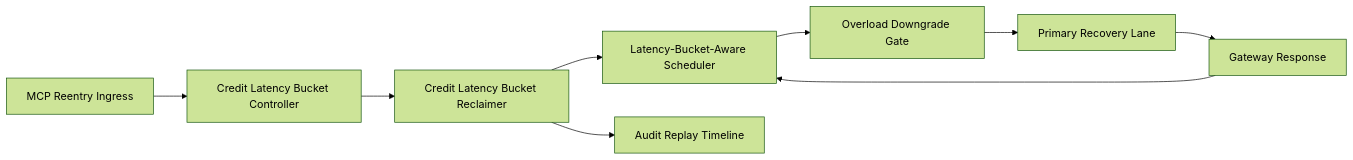
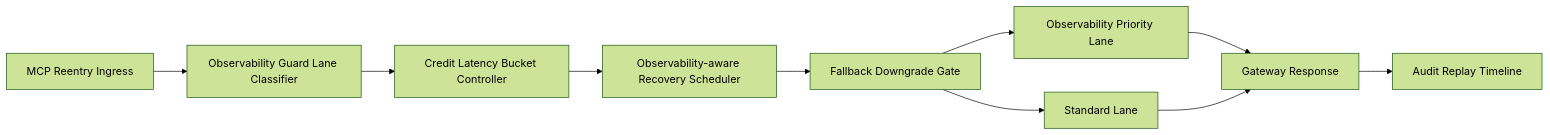
The diagram in workshops/azure-agent-infra/agent-apim-mcp-reentry-credit-latencybucket-observabilityguardlane-fairness-faq.md (turbo998/ai-infra-lab), drawn with Mermaid (forest theme) before and after one commit. The commit also changed other lines of this file and 22 other files, not shown here.

````diff
--- a/workshops/azure-agent-infra/agent-apim-mcp-reentry-credit-latencybucket-observabilityguardlane-fairness-faq.md
+++ b/workshops/azure-agent-infra/agent-apim-mcp-reentry-credit-latencybucket-observabilityguardlane-fairness-faq.md
@@ -26,11 +26,12 @@
 ```mermaid
 flowchart LR
-  A[MCP Reentry Ingress] --> B[Credit Latency Bucket Controller]
-  B --> C[Credit Latency Bucket Reclaimer]
-  C --> D[Latency-Bucket-Aware Scheduler]
-  D --> E[Overload Downgrade Gate]
-  E --> F[Primary Recovery Lane]
-  C --> G[Audit Replay Timeline]
+  A[MCP Reentry Ingress] --> B[Observability Guard Lane Classifier]
+  B --> C[Credit Latency Bucket Controller]
+  C --> D[Observability-aware Recovery Scheduler]
+  D --> E[Fallback Downgrade Gate]
+  E --> F[Observability Priority Lane]
+  E --> G[Standard Lane]
   F --> H[Gateway Response]
-  H --> D
+  G --> H
+  H --> I[Audit Replay Timeline]
 ```
````
